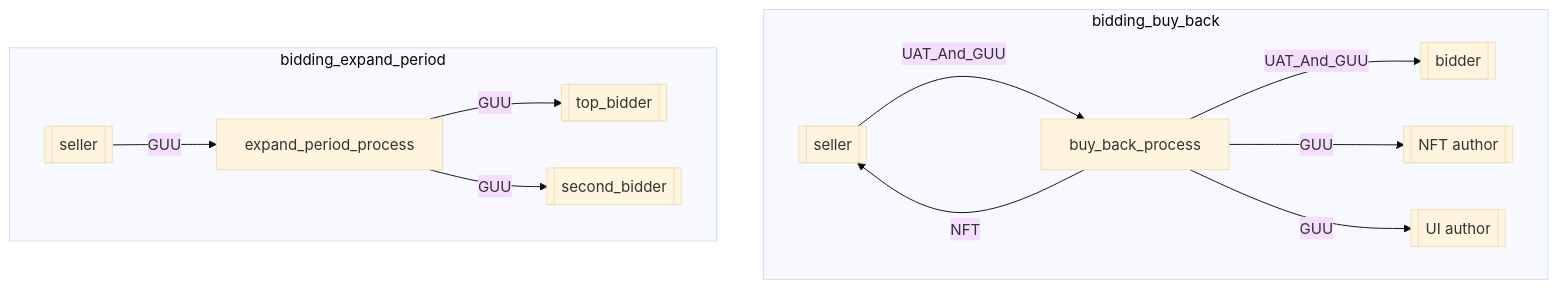
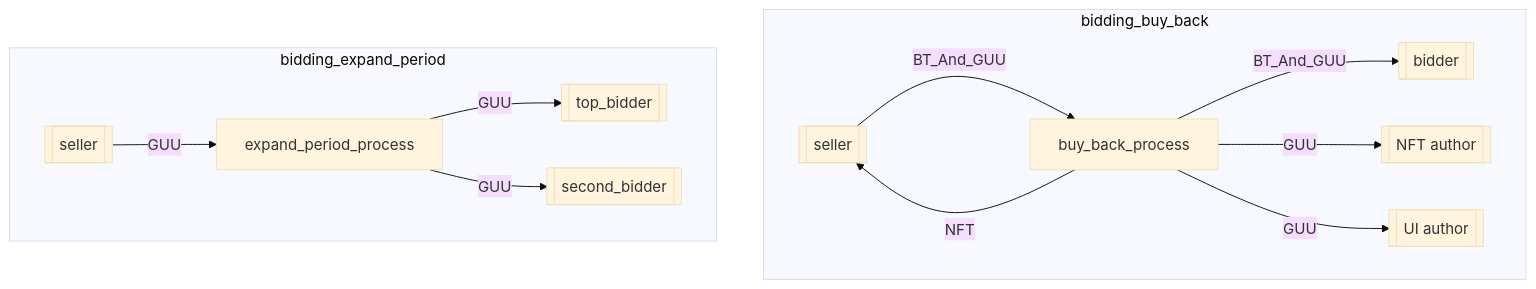
The third of 7 diagrams in x/nftmarket/spec/03_auction_state.md (UnUniFi/chain), drawn with Mermaid (base theme) before and after one commit. The commit also changed other lines of this file, not shown here.

Commit message:
feat: change token unit uat to bt

````diff
--- a/x/nftmarket/spec/03_auction_state.md
+++ b/x/nftmarket/spec/03_auction_state.md
@@ -61,25 +61,25 @@
 ```mermaid
 flowchart TD
 subgraph bidding_buy_back
 	bidder_buy_back[[bidder]]
 	seller_buy_back[[seller]]
 	NFT_author_buy_back[[NFT author]]
 	UI_author_buy_back[[UI author]]
 
-	seller_buy_back --UAT_And_GUU--> buy_back_process
-	buy_back_process --UAT_And_GUU--> bidder_buy_back
+	seller_buy_back --BT_And_GUU--> buy_back_process
+	buy_back_process --BT_And_GUU--> bidder_buy_back
 	buy_back_process --GUU--> NFT_author_buy_back
 	buy_back_process --GUU--> UI_author_buy_back
 	buy_back_process --NFT--> seller_buy_back
 end
 
 subgraph bidding_expand_period
 	top_bidder_expand_period[[top_bidder]]
 	second_bidder_expand_period[[second_bidder]]
 	seller_expand_period[[seller]]
 
 	seller_expand_period--GUU--> expand_period_process
 	expand_period_process--GUU--> top_bidder_expand_period
 	expand_period_process--GUU--> second_bidder_expand_period
 end
 ```
````
